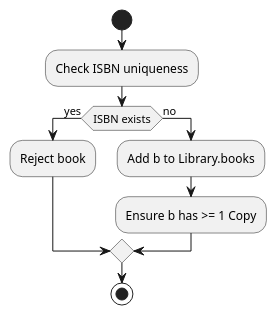
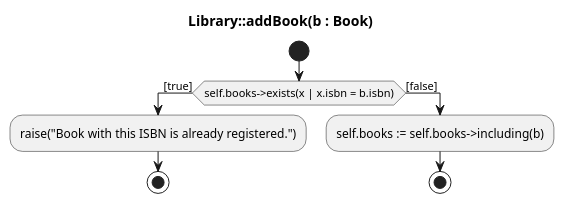
One commit to scx-othr/MoProCo-evaluation changed the diagram in library/classical-uml/add-book.puml. Above: the diagram before and after it, drawn with PlantUML. The commit also changed 31 other files, not shown here.

Commit message:
Prepare initial evaluation data for all three case studies (shop, airline, library; classical uml, black box prompt, moproco)

```diff
--- a/library/classical-uml/add-book.puml
+++ b/library/classical-uml/add-book.puml
@@ -1,13 +1,12 @@
 @startuml
+title Library::addBook(b : Book)
+
 start
-:Check ISBN uniqueness;
-
-if (ISBN exists) then (yes)
-  :Reject book;
-else (no)
-  :Add b to Library.books;
-  :Ensure b has >= 1 Copy;
+if (self.books->exists(x | x.isbn = b.isbn)) then ([true])
+  :raise("Book with this ISBN is already registered.");
+  stop
+else ([false])
+  :self.books := self.books->including(b);
+  stop
 endif
-
-stop
 @enduml
```
